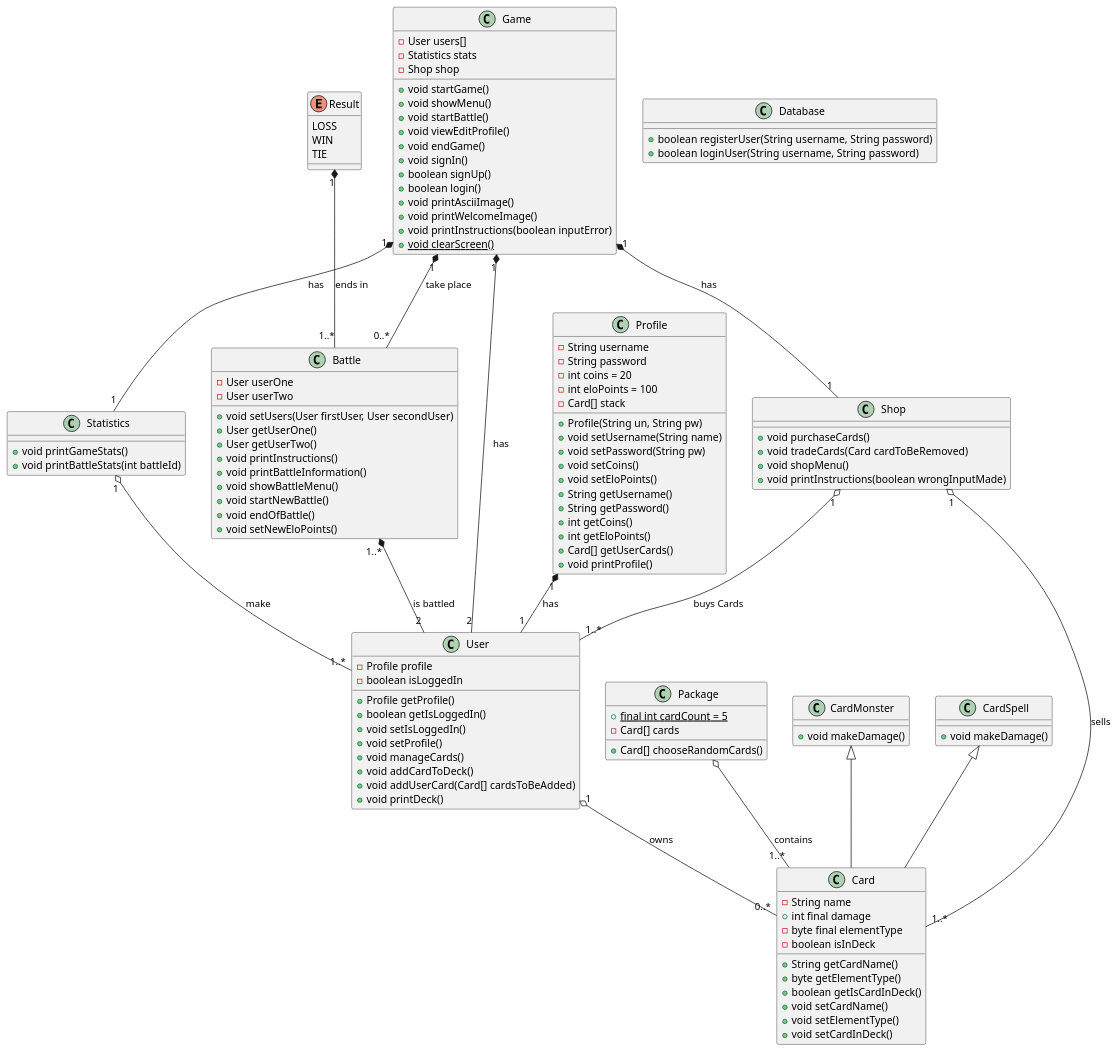
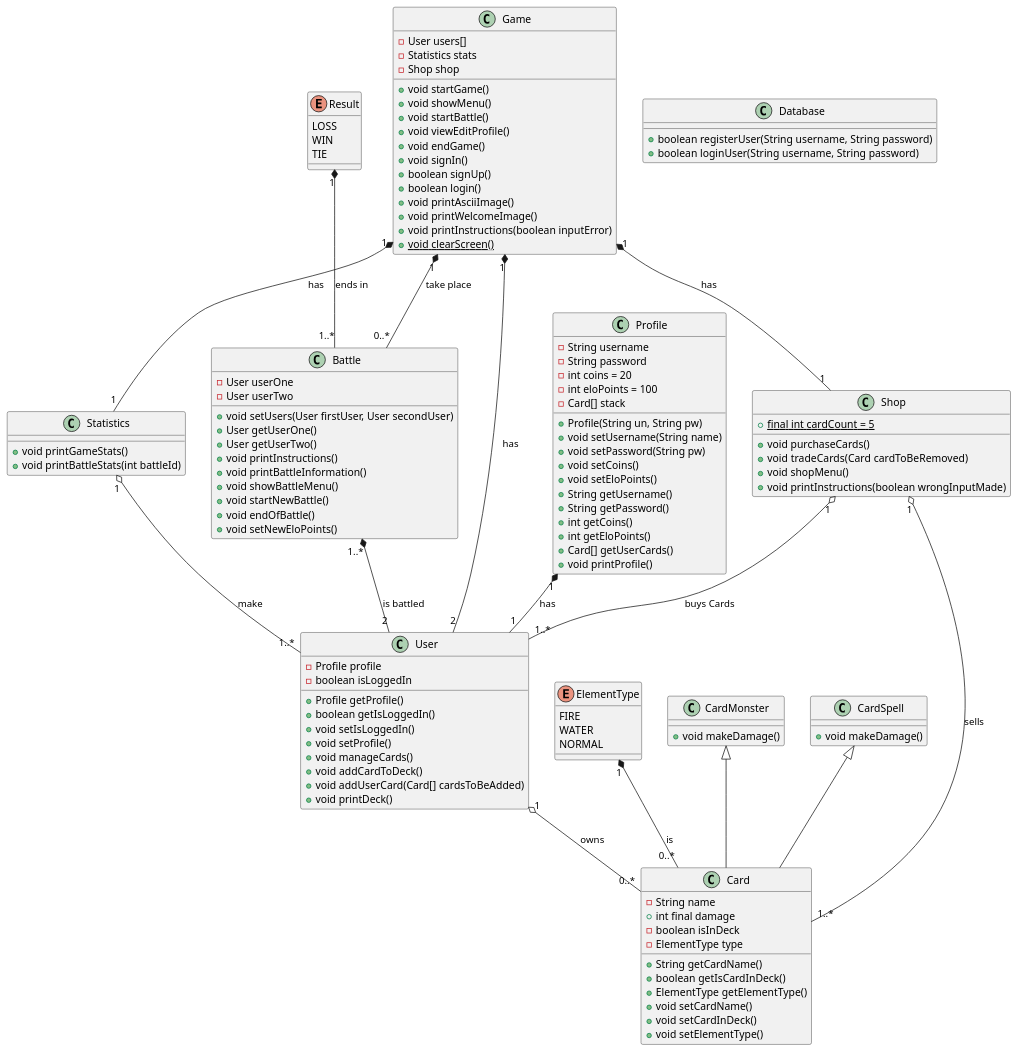
Before and after one commit to VladanPetkovic/SE_Semesterprojekt: the diagram in src/main/java/projekt.puml, drawn with PlantUML. The commit also changed 18 other files, not shown here.

```diff
--- a/src/main/java/projekt.puml
+++ b/src/main/java/projekt.puml
@@ -1,131 +1,132 @@
 @startuml
 class User
 {
     -Profile profile
     -boolean isLoggedIn
     +Profile getProfile()
     +boolean getIsLoggedIn()
     +void setIsLoggedIn()
     +void setProfile()
     +void manageCards()
     +void addCardToDeck()
     +void addUserCard(Card[] cardsToBeAdded)
     +void printDeck()
 }
 class Profile
 {
     -String username
     -String password
     -int coins = 20
     -int eloPoints = 100
     -Card[] stack
     +Profile(String un, String pw)
     +void setUsername(String name)
     +void setPassword(String pw)
     +void setCoins()
     +void setEloPoints()
     +String getUsername()
     +String getPassword()
     +int getCoins()
     +int getEloPoints()
     +Card[] getUserCards()
     +void printProfile()
 }
 enum Result
 {
     LOSS
     WIN
     TIE
 }
-class Package
+enum ElementType
 {
-    +{static} final int cardCount = 5
-    -Card[] cards
-    +Card[] chooseRandomCards()
+    FIRE
+    WATER
+    NORMAL
 }
 class Card
 {
     -String name
     +int final damage
-    -byte final elementType
     -boolean isInDeck
+    -ElementType type
     +String getCardName()
-    +byte getElementType()
     +boolean getIsCardInDeck()
+    +ElementType getElementType()
     +void setCardName()
+    +void setCardInDeck()
     +void setElementType()
-    +void setCardInDeck()
 }
 class CardMonster
 {
     +void makeDamage()
 }
 class CardSpell
 {
     +void makeDamage()
 }
 class Battle
 {
     -User userOne
     -User userTwo
     +void setUsers(User firstUser, User secondUser)
     +User getUserOne()
     +User getUserTwo()
     +void printInstructions()
     +void printBattleInformation()
     +void showBattleMenu()
     +void startNewBattle()
     +void endOfBattle()
     +void setNewEloPoints()
 }
 class Shop
 {
+    +{static} final int cardCount = 5
     +void purchaseCards()
     +void tradeCards(Card cardToBeRemoved)
     +void shopMenu()
     +void printInstructions(boolean wrongInputMade)
 }
 class Game
 {
     -User users[]
     -Statistics stats
     -Shop shop
     +void startGame()
     +void showMenu()
     +void startBattle()
     +void viewEditProfile()
     +void endGame()
     +void signIn()
     +boolean signUp()
     +boolean login()
     +void printAsciiImage()
     +void printWelcomeImage()
     +void printInstructions(boolean inputError)
     +{static} void clearScreen()
 }
 class Statistics
 {
     +void printGameStats()
     +void printBattleStats(int battleId)
 }
 class Database
 {
     +boolean registerUser(String username, String password)
     +boolean loginUser(String username, String password)
 }
 
 CardMonster <|-- Card
 CardSpell <|-- Card
 User "1" o-- "0..*" Card : "owns"
 Game "1" *-- "0..*" Battle : "take place"
 Game "1" *-- "1" Statistics : "has"
 Game "1" *-- "2" User : "has"
-Package o-- "1..*" Card : "contains"
 Battle "1..*" *-- "2" User : "is battled"
 Result "1" *-- "1..*" Battle : "ends in"
 Statistics "1" o-- "1..*" User : "make"
 Profile "1" *-- "1" User : "has"
 Shop "1" o-- "1..*" User : "buys Cards"
 Shop "1" o-- "1..*" Card : "sells"
 Game "1" *-- "1" Shop : "has"
+ElementType "1" *-- "0..*" Card : "is"
 @enduml
```
